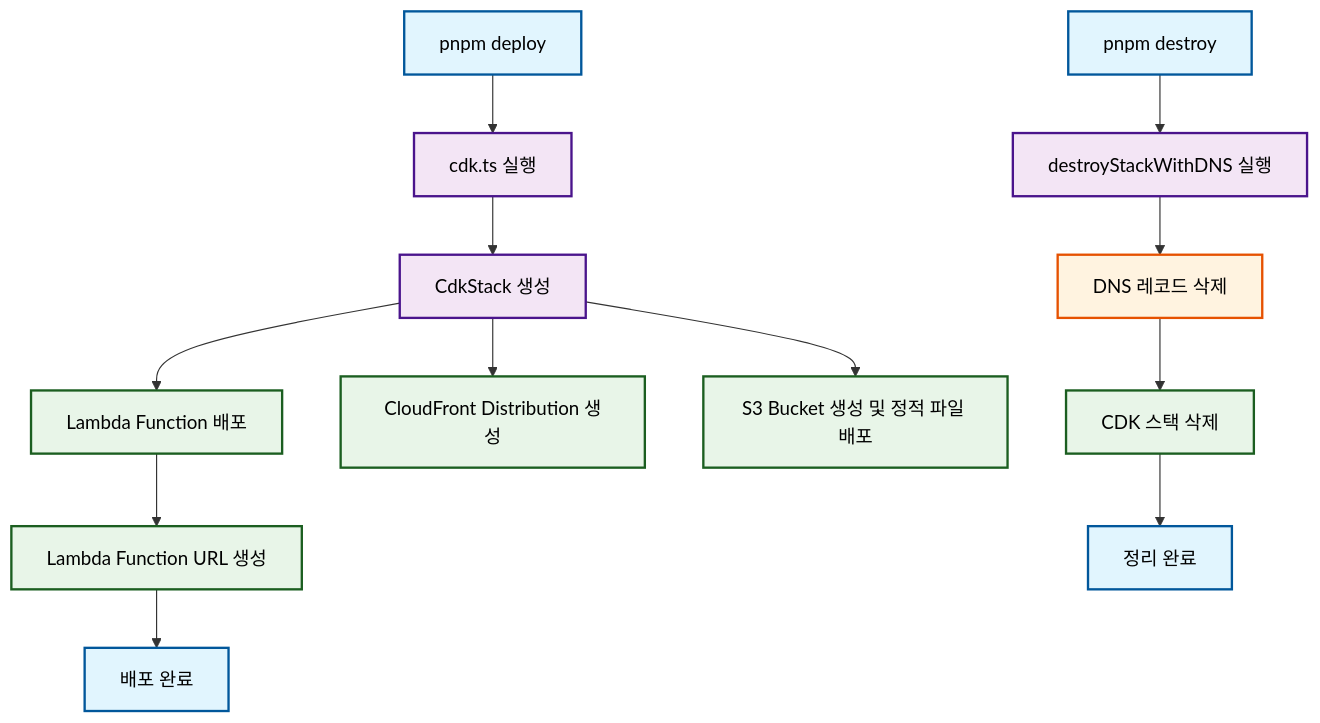
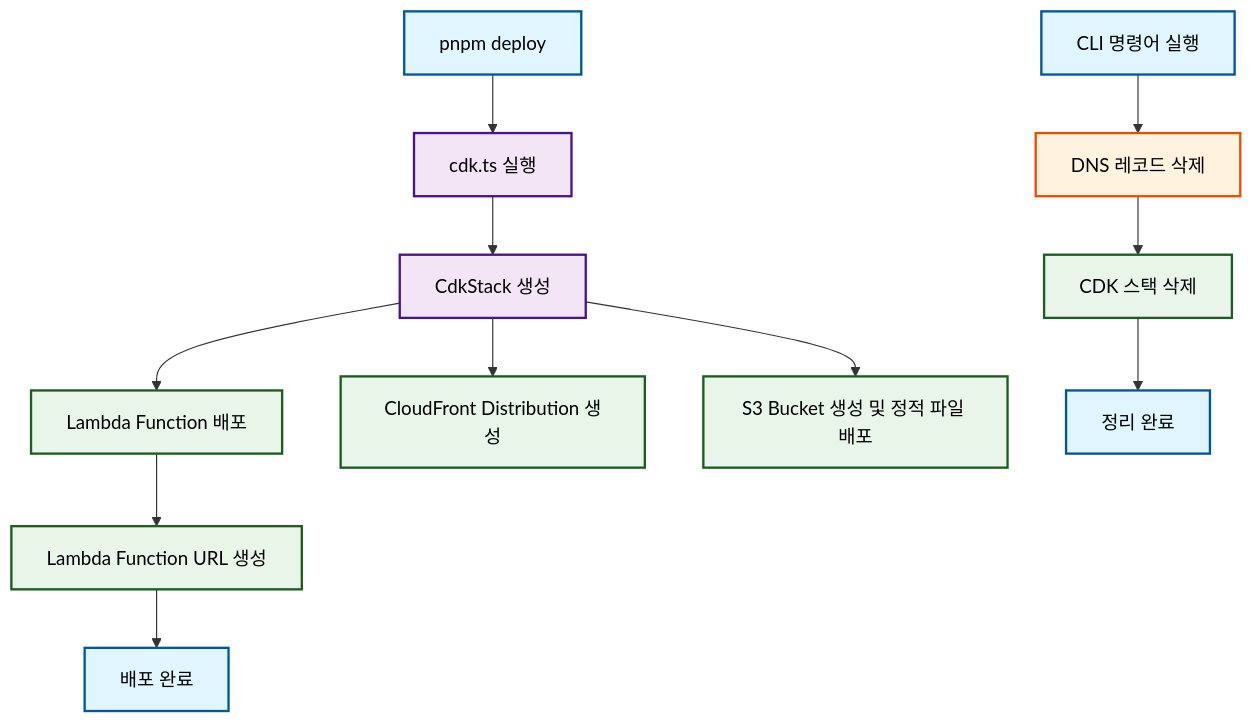
The diagram in prj-scripts/templates/infra/infrastructure-readme.md (shoveller/initial-script-recipes), drawn with Mermaid before and after one commit. The commit also changed other lines of this file and 4 other files, not shown here.

````diff
--- a/prj-scripts/templates/infra/infrastructure-readme.md
+++ b/prj-scripts/templates/infra/infrastructure-readme.md
@@ -12,26 +12,25 @@
 ```mermaid
 graph TD
     A[pnpm deploy] --> B[cdk.ts 실행]
     B --> C[CdkStack 생성]
     C --> D[Lambda Function 배포]
     C --> E[CloudFront Distribution 생성]
     C --> F[S3 Bucket 생성 및 정적 파일 배포]
     
     D --> G[Lambda Function URL 생성]
     G --> H[배포 완료]
     
-    I[pnpm destroy] --> J[destroyStackWithDNS 실행]
-    J --> K[DNS 레코드 삭제]
-    K --> L[CDK 스택 삭제]
-    L --> M[정리 완료]
+    I[CLI 명령어 실행] --> J[DNS 레코드 삭제]
+    J --> K[CDK 스택 삭제]
+    K --> L[정리 완료]
     
     classDef startEnd fill:#e1f5fe,stroke:#01579b,stroke-width:2px,color:#000000
     classDef cdk fill:#f3e5f5,stroke:#4a148c,stroke-width:2px,color:#000000
     classDef aws fill:#e8f5e8,stroke:#1b5e20,stroke-width:2px,color:#000000
     classDef dns fill:#fff3e0,stroke:#e65100,stroke-width:2px,color:#000000
     
-    class A,H,I,M startEnd
-    class B,C,J cdk
-    class D,E,F,G,L aws
-    class K dns
+    class A,H,I,L startEnd
+    class B,C cdk
+    class D,E,F,G,K aws
+    class J dns
 ```
````
